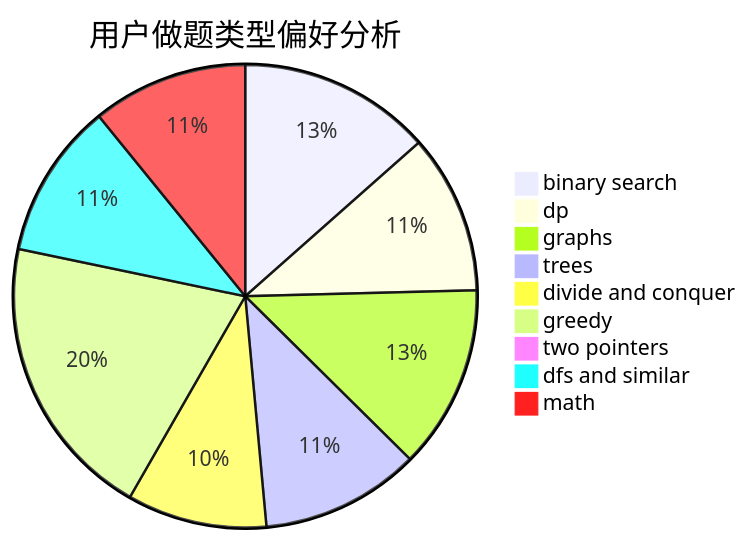
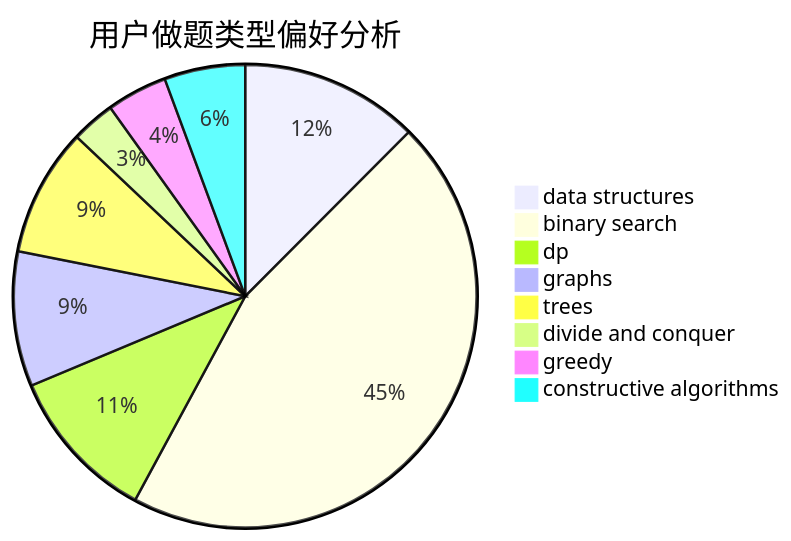
One commit to sherpahu/cfrs.github.io changed the second of 3 diagrams in docs/user/u2733.md. Above: the diagram before and after it, drawn with Mermaid. The commit also changed other lines of this file and 2775 other files, not shown here.

````diff
--- a/docs/user/u2733.md
+++ b/docs/user/u2733.md
@@ -23,12 +23,11 @@
 ```mermaid
 pie title 用户做题类型偏好分析
-    "binary search" :  207
-    "dp" :  171
-    "graphs" :  197
-    "trees" :  171
-    "divide and conquer" :  150
-    "greedy" :  307
-    "two pointers" :  4
-    "dfs and similar" :  167
-    "math" :  167
+    "data structures" :  53
+    "binary search" :  193
+    "dp" :  46
+    "graphs" :  40
+    "trees" :  38
+    "divide and conquer" :  13
+    "greedy" :  18
+    "constructive algorithms" :  24
 ```
````
